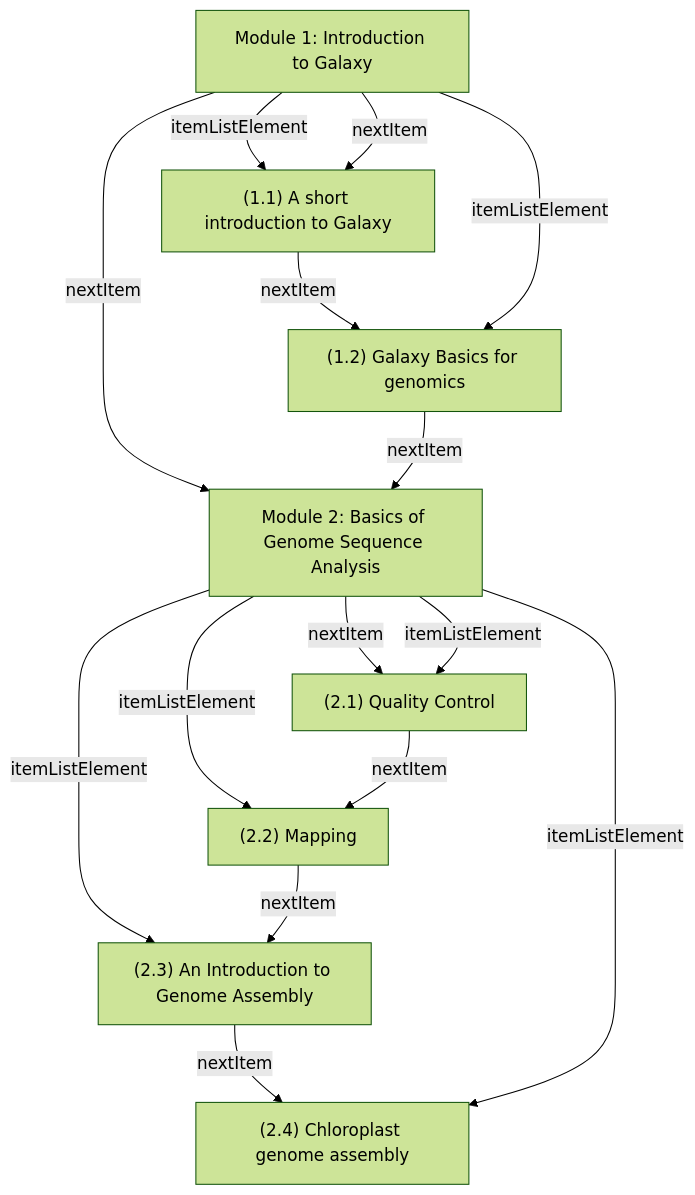
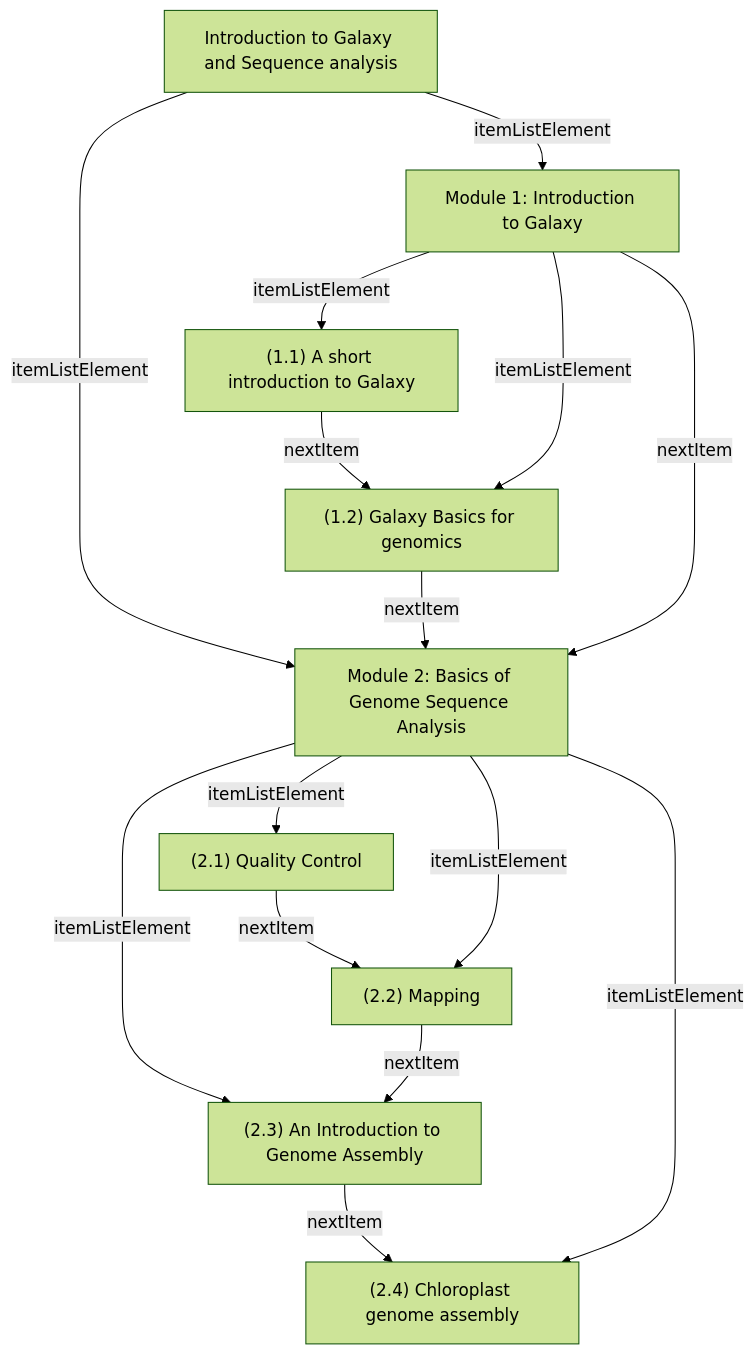
One commit to BioSchemas/LearningPath-sandbox changed the second of 6 diagrams in README.md. Above: the diagram before and after it, drawn with Mermaid (forest theme). The commit also changed other lines of this file and 1 other file, not shown here.

````diff
--- a/README.md
+++ b/README.md
@@ -77,45 +167,45 @@
 ```mermaid
 graph TD
-N1["Module 1: Introduction to Galaxy"]
 N4["Module 2: Basics of Genome Sequence Analysis"]
-N1 -- nextItem --> N4
+N7["(2.3) An Introduction to Genome Assembly"]
+N4 -- itemListElement --> N7
+N0["Introduction to Galaxy and Sequence analysis"]
+N4["Module 2: Basics of Genome Sequence Analysis"]
+N0 -- itemListElement --> N4
+N7["(2.3) An Introduction to Genome Assembly"]
+N8["(2.4) Chloroplast genome assembly"]
+N7 -- nextItem --> N8
+N4["Module 2: Basics of Genome Sequence Analysis"]
+N8["(2.4) Chloroplast genome assembly"]
+N4 -- itemListElement --> N8
+N3["(1.2) Galaxy Basics for genomics"]
+N4["Module 2: Basics of Genome Sequence Analysis"]
+N3 -- nextItem --> N4
 N2["(1.1) A short introduction to Galaxy"]
 N3["(1.2) Galaxy Basics for genomics"]
 N2 -- nextItem --> N3
 N4["Module 2: Basics of Genome Sequence Analysis"]
 N5["(2.1) Quality Control"]
-N4 -- nextItem --> N5
-N3["(1.2) Galaxy Basics for genomics"]
-N4["Module 2: Basics of Genome Sequence Analysis"]
-N3 -- nextItem --> N4
-N7["(2.3) An Introduction to Genome Assembly"]
-N8["(2.4) Chloroplast genome assembly"]
-N7 -- nextItem --> N8
-N4["Module 2: Basics of Genome Sequence Analysis"]
+N4 -- itemListElement --> N5
+N5["(2.1) Quality Control"]
 N6["(2.2) Mapping"]
-N4 -- itemListElement --> N6
+N5 -- nextItem --> N6
 N1["Module 1: Introduction to Galaxy"]
 N3["(1.2) Galaxy Basics for genomics"]
 N1 -- itemListElement --> N3
 N4["Module 2: Basics of Genome Sequence Analysis"]
-N7["(2.3) An Introduction to Genome Assembly"]
-N4 -- itemListElement --> N7
-N5["(2.1) Quality Control"]
 N6["(2.2) Mapping"]
-N5 -- nextItem --> N6
-N4["Module 2: Basics of Genome Sequence Analysis"]
-N8["(2.4) Chloroplast genome assembly"]
-N4 -- itemListElement --> N8
-N4["Module 2: Basics of Genome Sequence Analysis"]
-N5["(2.1) Quality Control"]
-N4 -- itemListElement --> N5
+N4 -- itemListElement --> N6
+N0["Introduction to Galaxy and Sequence analysis"]
+N1["Module 1: Introduction to Galaxy"]
+N0 -- itemListElement --> N1
+N1["Module 1: Introduction to Galaxy"]
+N2["(1.1) A short introduction to Galaxy"]
+N1 -- itemListElement --> N2
 N6["(2.2) Mapping"]
 N7["(2.3) An Introduction to Genome Assembly"]
 N6 -- nextItem --> N7
 N1["Module 1: Introduction to Galaxy"]
-N2["(1.1) A short introduction to Galaxy"]
-N1 -- itemListElement --> N2
-N1["Module 1: Introduction to Galaxy"]
-N2["(1.1) A short introduction to Galaxy"]
-N1 -- nextItem --> N2
+N4["Module 2: Basics of Genome Sequence Analysis"]
+N1 -- nextItem --> N4
 ```
````
